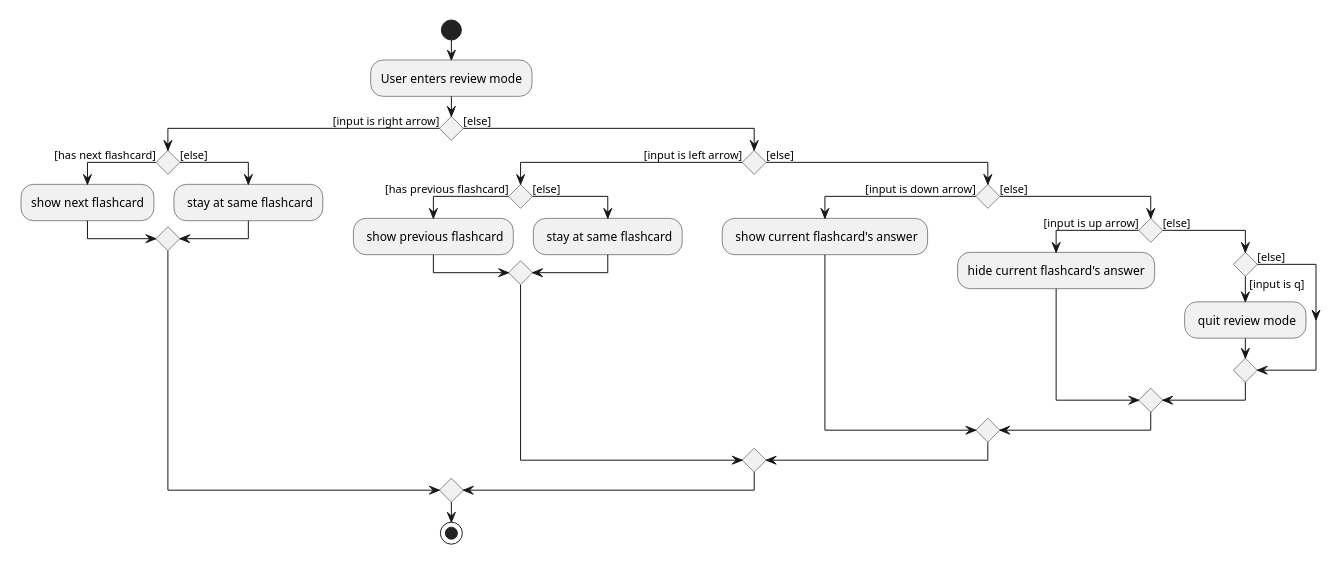
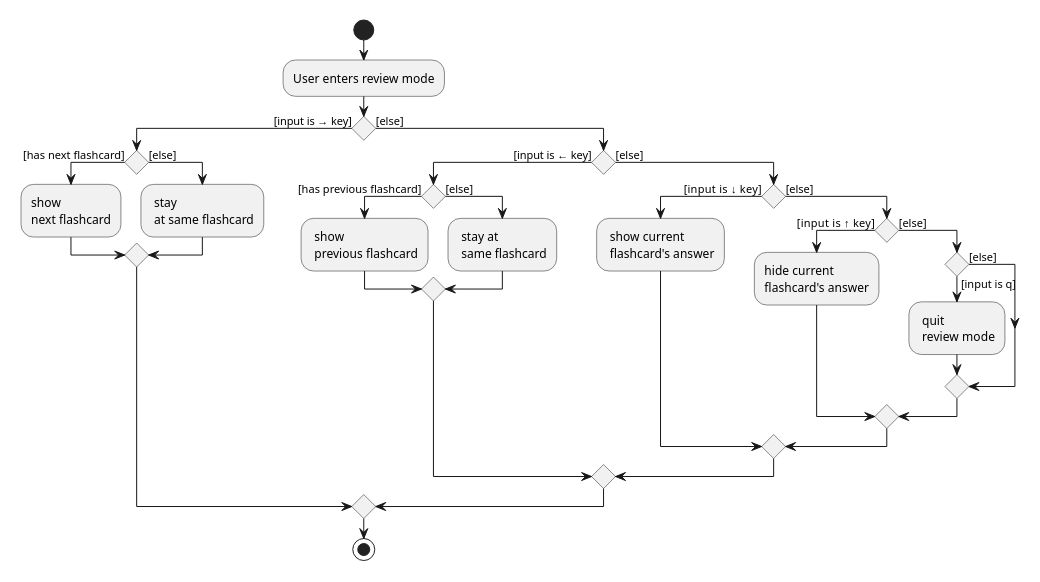
The diagram in docs/diagrams/ReviewActivityDiagram.puml (nus-cs2103-AY2021S1/tp), drawn with PlantUML before and after one commit. The commit also changed 1 other file, not shown here.

Commit message:
Update review activity diagram

```diff
--- a/docs/diagrams/ReviewActivityDiagram.puml
+++ b/docs/diagrams/ReviewActivityDiagram.puml
@@ -1,38 +1,45 @@
 @startuml
 scale 0.5
 start
 :User enters review mode;
 
 'Since the beta syntax does not support placing the condition outside the
 'diamond we place it as the true branch instead.
 
-if () then ([input is right arrow])
+if () then ([input is → key])
     if () then ([has next flashcard])
-        :show next flashcard;
+        :show
+        next flashcard;
     else ([else])
-        : stay at same flashcard;
+        : stay
+         at same flashcard;
     endif
 else ([else])
-    if () then ([input is left arrow])
+    if () then ([input is ← key])
         if () then ([has previous flashcard])
-            : show previous flashcard;
+            : show
+             previous flashcard;
         else ([else])
-            : stay at same flashcard;
+            : stay at
+             same flashcard;
         endif
     else ([else])
-        if () then ([input is down arrow])
-            : show current flashcard's answer;
+        if () then ([input is ↓ key])
+            : show current
+             flashcard's answer;
         else ([else])
-            if () then ([input is up arrow])
-                :hide current flashcard's answer;
+            if () then ([input is ↑ key])
+                :hide current
+                flashcard's answer;
             else ([else])
                 if () then ([input is q])
-                    : quit review mode;
+                    : quit
+                     review mode;
                 else ([else])
                 endif
             endif
          endif
     endif
 endif
 stop
 @enduml
```
